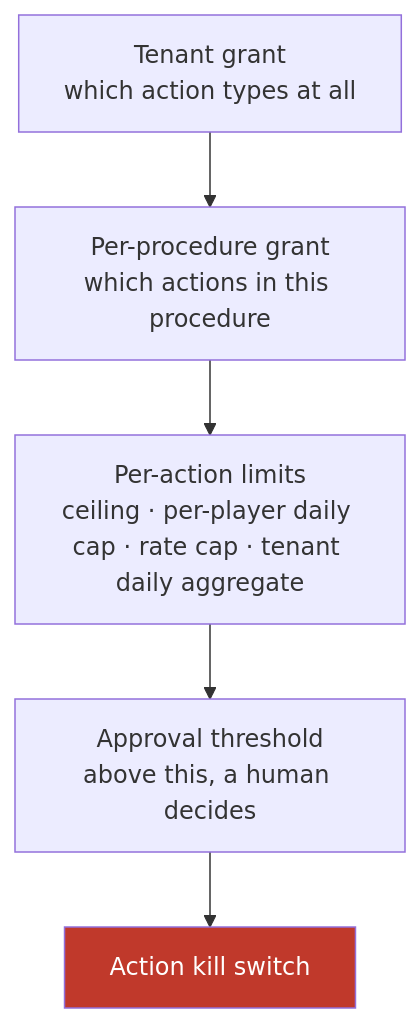
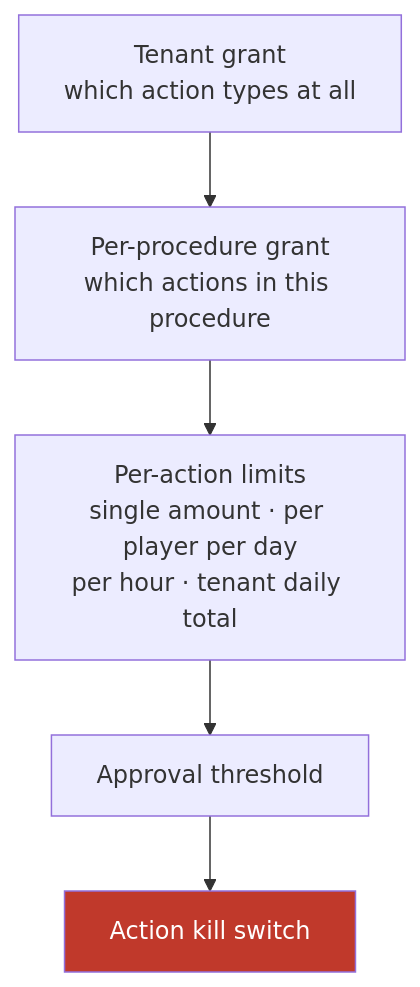
Before and after one commit to sdannuri/iGamingAgent: the seventh of 12 diagrams in Design.md, drawn with Mermaid. The commit also changed other lines of this file and 2 other files, not shown here.

````diff
--- a/Design.md
+++ b/Design.md
@@ -1009,8 +1194,8 @@
 ```mermaid
 graph TB
     T["Tenant grant<br/>which action types at all"] --> P["Per-procedure grant<br/>which actions in this procedure"]
-    P --> A["Per-action limits<br/>ceiling · per-player daily cap · rate cap · tenant daily aggregate"]
-    A --> AP["Approval threshold<br/>above this, a human decides"]
+    P --> A["Per-action limits<br/>single amount · per player per day<br/>per hour · tenant daily total"]
+    A --> AP["Approval threshold"]
     AP --> KS["Action kill switch"]
     style KS fill:#c0392b,color:#fff
 ```
````
